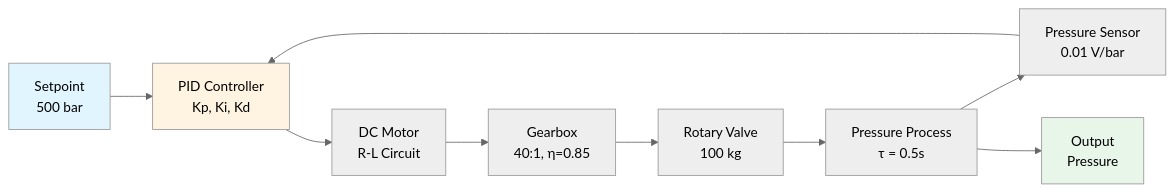
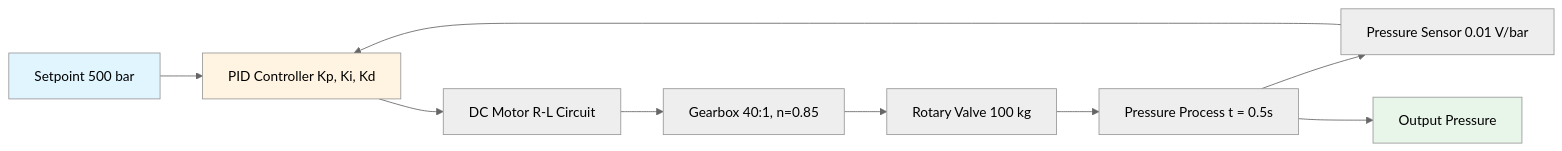
One commit to chetan0021/monitoring-rotory-valve changed the first of 6 diagrams in README.md. Above: the diagram before and after it, drawn with Mermaid (neutral theme). The commit also changed other lines of this file, not shown here.

Commit message:
Fix Mermaid diagram syntax errors in README - remove special characters

````diff
--- a/README.md
+++ b/README.md
@@ -39,15 +39,15 @@
 ```mermaid
 graph LR
-    A[Setpoint<br/>500 bar] --> B[PID Controller<br/>Kp, Ki, Kd]
-    B --> C[DC Motor<br/>R-L Circuit]
-    C --> D[Gearbox<br/>40:1, η=0.85]
-    D --> E[Rotary Valve<br/>100 kg]
-    E --> F[Pressure Process<br/>τ = 0.5s]
-    F --> G[Pressure Sensor<br/>0.01 V/bar]
+    A[Setpoint 500 bar] --> B[PID Controller Kp, Ki, Kd]
+    B --> C[DC Motor R-L Circuit]
+    C --> D[Gearbox 40:1, n=0.85]
+    D --> E[Rotary Valve 100 kg]
+    E --> F[Pressure Process t = 0.5s]
+    F --> G[Pressure Sensor 0.01 V/bar]
     G --> B
-    F --> H[Output<br/>Pressure]
+    F --> H[Output Pressure]
     
     style A fill:#e1f5ff
     style B fill:#fff4e1
     style H fill:#e8f5e9
 ```
````
